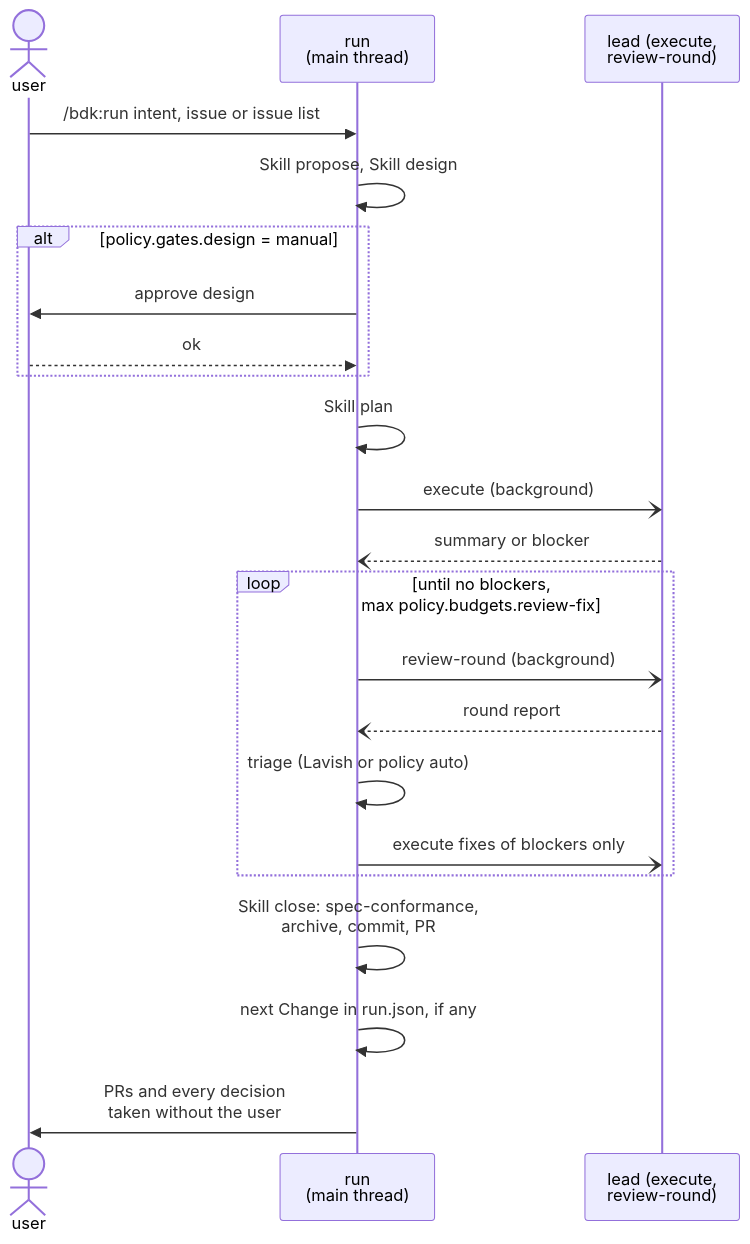
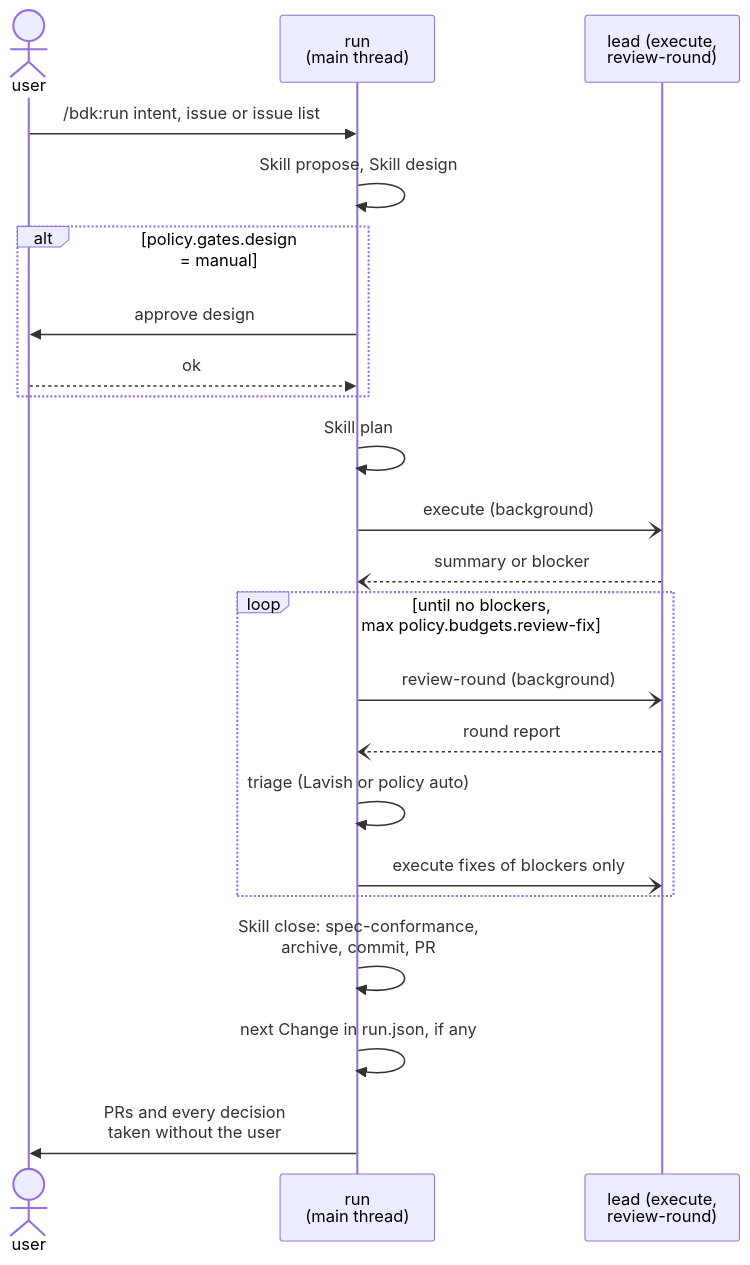
One commit to broneq/bdk changed the sixth of 12 diagrams in docs/design/2026-10-07-v3-architecture.md. Above: the diagram before and after it, drawn with Mermaid. The commit also changed 12 other files, not shown here.

First line of the commit message:
fix(docs): keep Mermaid edge and block labels on their author's lines

````diff
--- a/docs/design/2026-10-07-v3-architecture.md
+++ b/docs/design/2026-10-07-v3-architecture.md
@@ -300,24 +300,24 @@
 ```mermaid
 sequenceDiagram
   actor H as user
   participant M as run<br/>(main thread)
   participant L as lead (execute,<br/>review-round)
   H->>M: /bdk:run intent, issue or issue list
   M->>M: Skill propose, Skill design
-  alt policy.gates.design = manual
+  alt policy.gates.design<br/>= manual
     M->>H: approve design
     H-->>M: ok
   end
   M->>M: Skill plan
   M-)L: execute (background)
   L--)M: summary or blocker
   loop until no blockers,<br/>max policy.budgets.review-fix
     M-)L: review-round (background)
     L--)M: round report
     M->>M: triage (Lavish or policy auto)
     M-)L: execute fixes of blockers only
   end
   M->>M: Skill close: spec-conformance,<br/>archive, commit, PR
   M->>M: next Change in run.json, if any
   M->>H: PRs and every decision<br/>taken without the user
 ```
````
